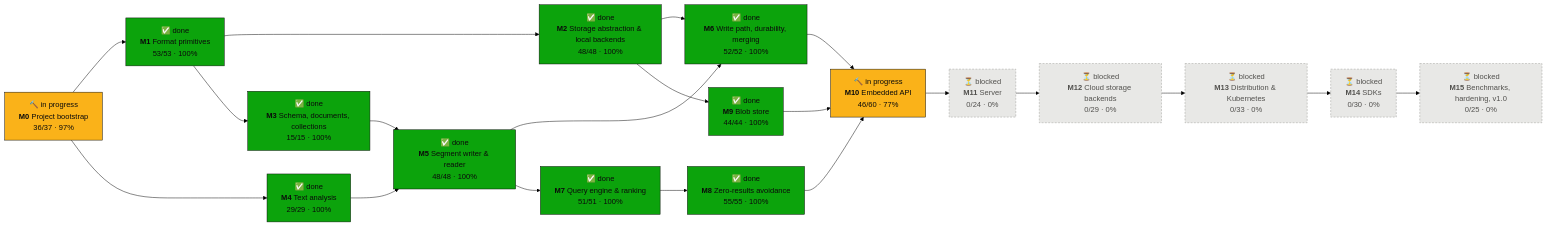
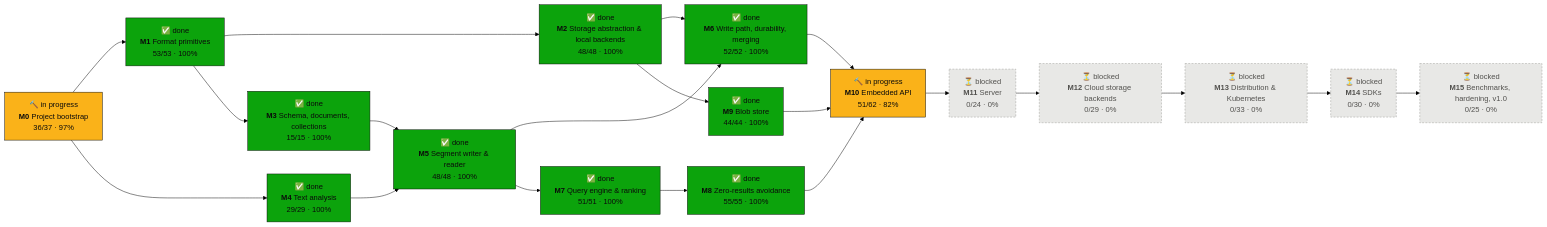
The first of 2 diagrams in PROGRESS.md (tomiok/persiaDB), drawn with Mermaid (forest theme) before and after one commit. The commit also changed other lines of this file and 54 other files, not shown here.

First line of the commit message:
Checked samples: rustdoc warnings fail CI, README and landing samples held to doctests, fuzz seeds in the crates, website node tests in CI (ROADMAP 10.1.49, 10.1.51, 10.1.52, 10.1.53, 10.3.3) (#141)

````diff
--- a/PROGRESS.md
+++ b/PROGRESS.md
@@ -16,42 +16,42 @@
 ```mermaid
 flowchart LR
   M0["🔨 in progress<br/><b>M0</b> Project bootstrap<br/>36/37 · 97%"]:::doing
   M1["✅ done<br/><b>M1</b> Format primitives<br/>53/53 · 100%"]:::done
   M2["✅ done<br/><b>M2</b> Storage abstraction & local backends<br/>48/48 · 100%"]:::done
   M3["✅ done<br/><b>M3</b> Schema, documents, collections<br/>15/15 · 100%"]:::done
   M4["✅ done<br/><b>M4</b> Text analysis<br/>29/29 · 100%"]:::done
   M5["✅ done<br/><b>M5</b> Segment writer & reader<br/>48/48 · 100%"]:::done
   M6["✅ done<br/><b>M6</b> Write path, durability, merging<br/>52/52 · 100%"]:::done
   M7["✅ done<br/><b>M7</b> Query engine & ranking<br/>51/51 · 100%"]:::done
   M8["✅ done<br/><b>M8</b> Zero-results avoidance<br/>55/55 · 100%"]:::done
   M9["✅ done<br/><b>M9</b> Blob store<br/>44/44 · 100%"]:::done
-  M10["🔨 in progress<br/><b>M10</b> Embedded API<br/>46/60 · 77%"]:::doing
+  M10["🔨 in progress<br/><b>M10</b> Embedded API<br/>51/62 · 82%"]:::doing
   M11["⏳ blocked<br/><b>M11</b> Server<br/>0/24 · 0%"]:::blocked
   M12["⏳ blocked<br/><b>M12</b> Cloud storage backends<br/>0/29 · 0%"]:::blocked
   M13["⏳ blocked<br/><b>M13</b> Distribution & Kubernetes<br/>0/33 · 0%"]:::blocked
   M14["⏳ blocked<br/><b>M14</b> SDKs<br/>0/30 · 0%"]:::blocked
   M15["⏳ blocked<br/><b>M15</b> Benchmarks, hardening, v1.0<br/>0/25 · 0%"]:::blocked
   M0 --> M1
   M1 --> M2
   M1 --> M3
   M0 --> M4
   M3 --> M5
   M4 --> M5
   M2 --> M6
   M5 --> M6
   M5 --> M7
   M7 --> M8
   M2 --> M9
   M6 --> M10
   M8 --> M10
   M9 --> M10
   M10 --> M11
   M11 --> M12
   M12 --> M13
   M13 --> M14
   M14 --> M15
   classDef done fill:#0ca30c,stroke:#0b0b0b,color:#0b0b0b
   classDef doing fill:#fab219,stroke:#0b0b0b,color:#0b0b0b
   classDef ready fill:#fcfcfb,stroke:#0b0b0b,stroke-width:2px,color:#0b0b0b
   classDef blocked fill:#e8e8e6,stroke:#9a9a96,stroke-dasharray:4 3,color:#52514e
 ```
````
